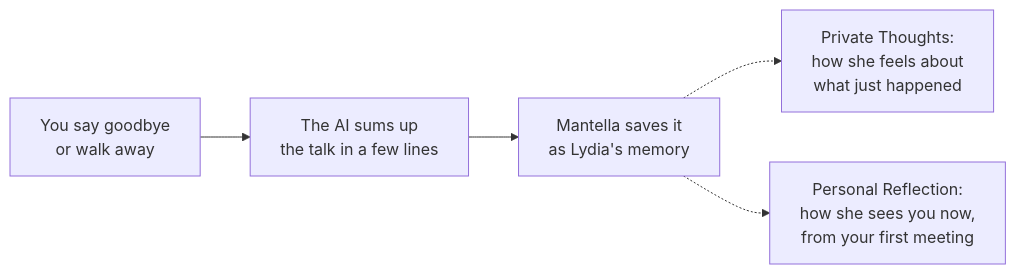
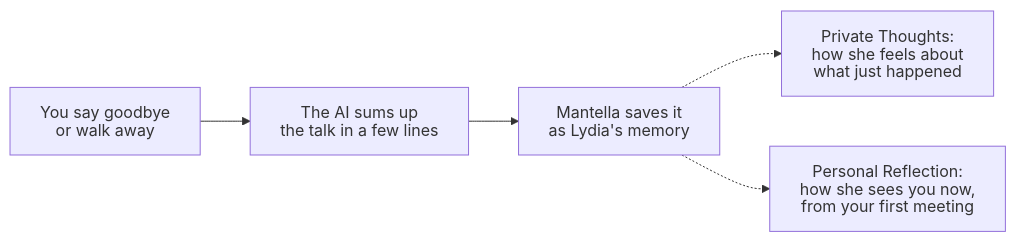
One commit to dreaminalife/Mantella changed the third of 3 diagrams in README.md. Above: the diagram before and after it, drawn with Mermaid. The commit also changed other lines of this file, not shown here.

Commit message:
README: fold long sections, rewrite Quest tracking and Lorebook around what players get, drop the voice service table, list Part 2's sections at the top, keep diagram text from being cut off

````diff
--- a/README.md
+++ b/README.md
@@ -592,6 +630,7 @@
 ```mermaid
+%%{init: {"htmlLabels": false, "flowchart": {"htmlLabels": false}}}%%
 flowchart LR
     A["You say goodbye<br/>or walk away"] --> B["The AI sums up<br/>the talk in a few lines"] --> C["Mantella saves it<br/>as Lydia's memory"]
     C -.-> D["Private Thoughts:<br/>how she feels about<br/>what just happened"]
     C -.-> E["Personal Reflection:<br/>how she sees you now,<br/>from your first meeting"]
 ```
````
